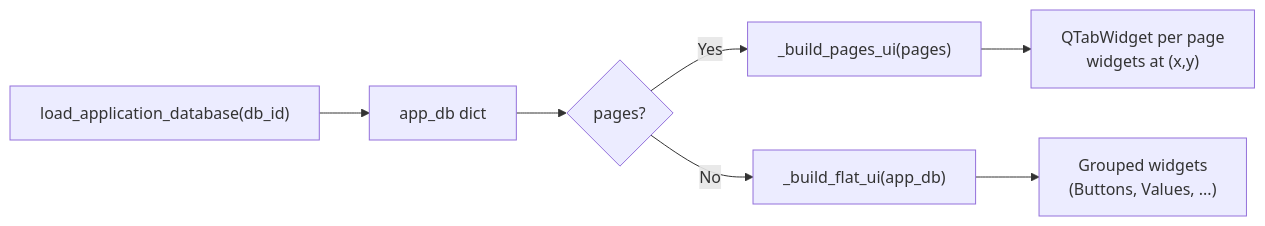
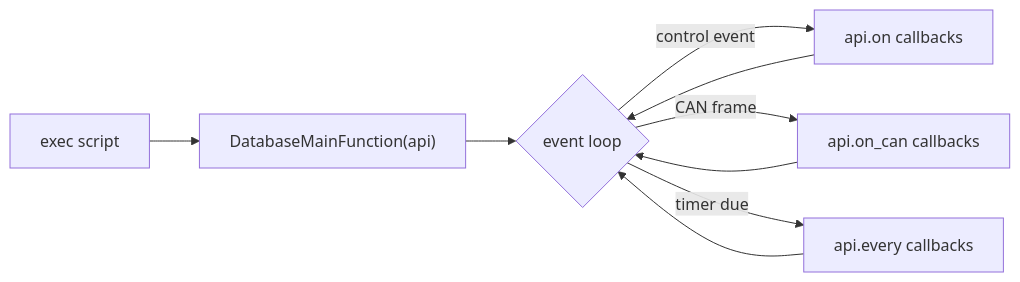
The third of 3 diagrams in DOCUMENTATION.md (HyperFluxQc/CanExpert), drawn with Mermaid before and after one commit. The commit also changed other lines of this file and 22 other files, not shown here.

````diff
--- a/DOCUMENTATION.md
+++ b/DOCUMENTATION.md
@@ -271,9 +125,9 @@
 ```mermaid
 flowchart LR
-    A["load_application_database(db_id)"] --> B["app_db dict"]
-    B --> C{"pages?"}
-    C -->|Yes| D["_build_pages_ui(pages)"]
-    C -->|No| E["_build_flat_ui(app_db)"]
-    D --> F["QTabWidget per page\nwidgets at (x,y)"]
-    E --> G["Grouped widgets\n(Buttons, Values, ...)"]
+    A["exec script"] --> B["DatabaseMainFunction(api)"]
+    B --> C{"event loop"}
+    C -->|control event| D["api.on callbacks"]
+    C -->|CAN frame| E["api.on_can callbacks"]
+    C -->|timer due| F["api.every callbacks"]
+    D & E & F --> C
 ```
````
